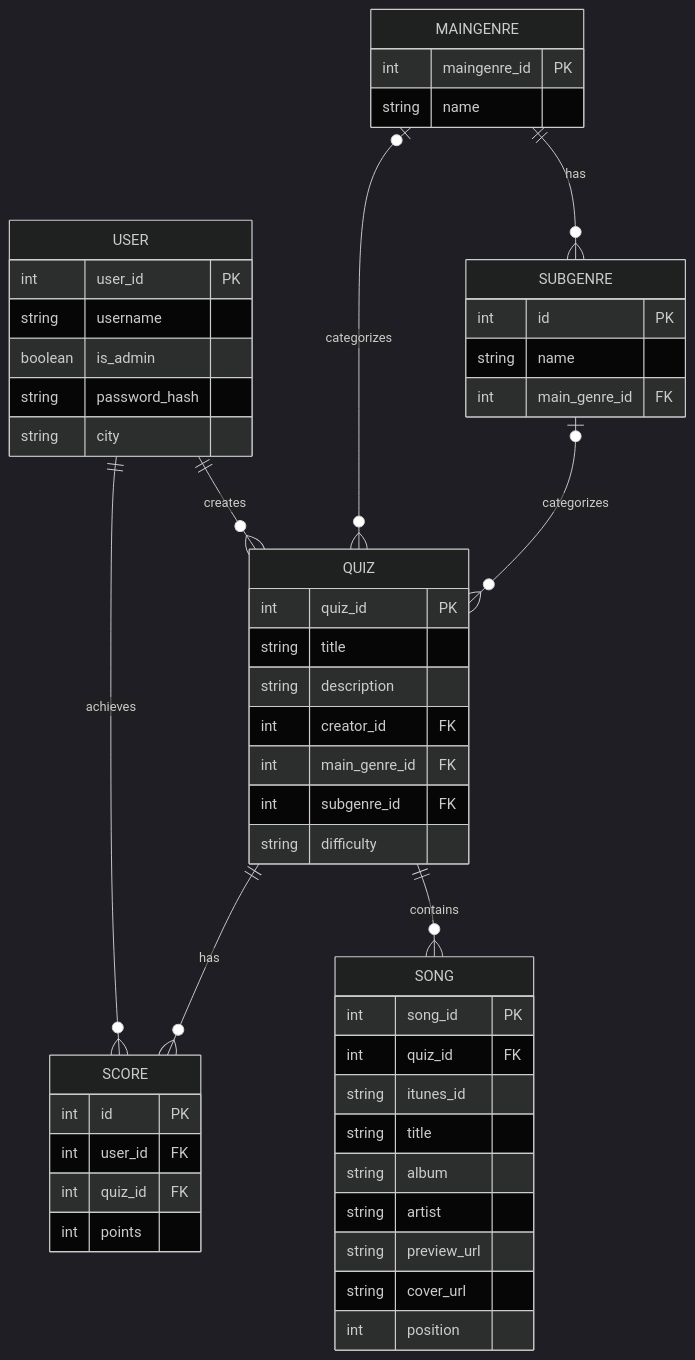
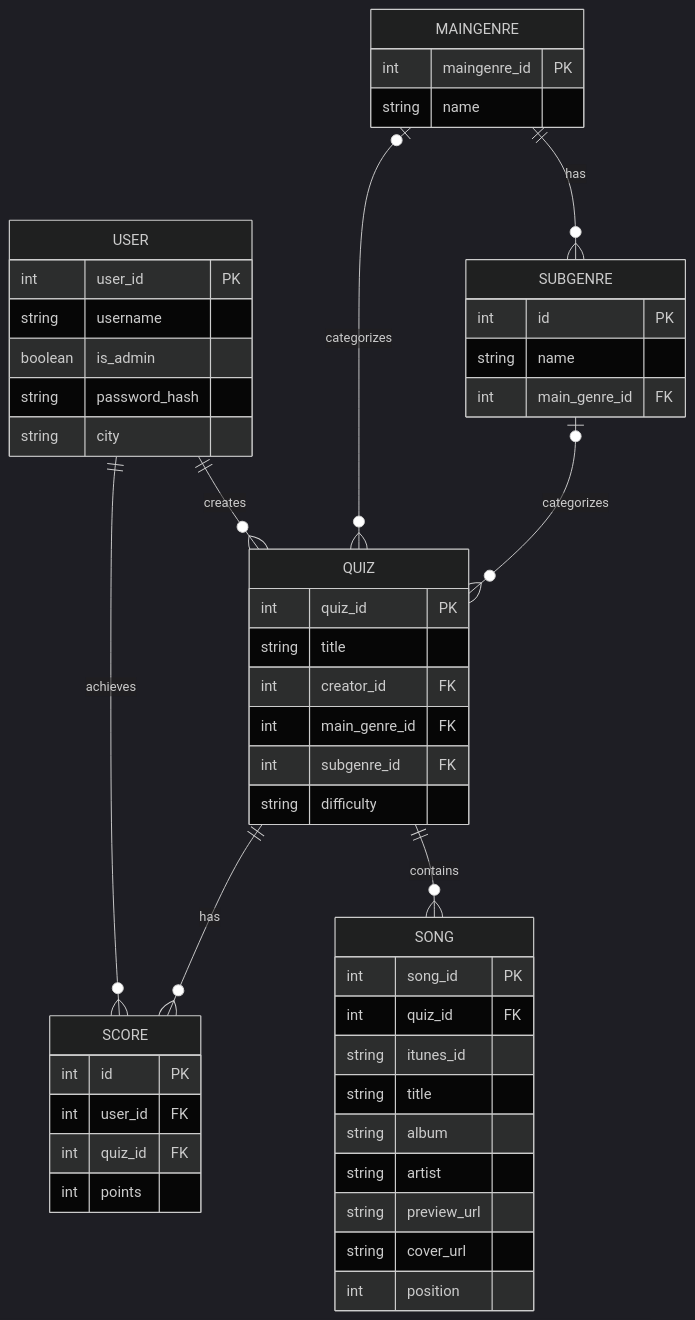
The diagram in docs/02-data-model.md (paull2906/FSWB), drawn with Mermaid (dark theme) before and after one commit.

Commit message:
Remove 'description' field from QUIZ model
Removed the 'description' field from the QUIZ data model.

````diff
--- a/docs/02-data-model.md
+++ b/docs/02-data-model.md
@@ -16,62 +16,61 @@
 ```mermaid
 
 erDiagram
    
     USER ||--o{ QUIZ : creates
     USER ||--o{ SCORE : achieves
     QUIZ ||--o{ SONG : contains
     QUIZ ||--o{ SCORE : has
     MAINGENRE ||--o{ SUBGENRE : has
     MAINGENRE |o--o{ QUIZ : categorizes
     SUBGENRE |o--o{ QUIZ : categorizes
     
     
     USER {
         int user_id PK
         string username
         boolean is_admin
         string password_hash
         string city
         }
 
     QUIZ {
         int quiz_id PK
         string title
-        string description
         int creator_id FK
         int main_genre_id FK
         int subgenre_id FK
         string difficulty
       }
 
    
     SONG {
         int song_id PK
         int quiz_id FK
         string itunes_id
         string title
         string album
         string artist
         string preview_url
         string cover_url
         int position
     }
 
     MAINGENRE {
         int maingenre_id PK
         string name 
     }
 
     SUBGENRE {
         int id PK
         string name
         int main_genre_id FK
     }
 
     SCORE {
         int id PK
         int user_id FK
         int quiz_id FK
         int points
     }
 ```
````
